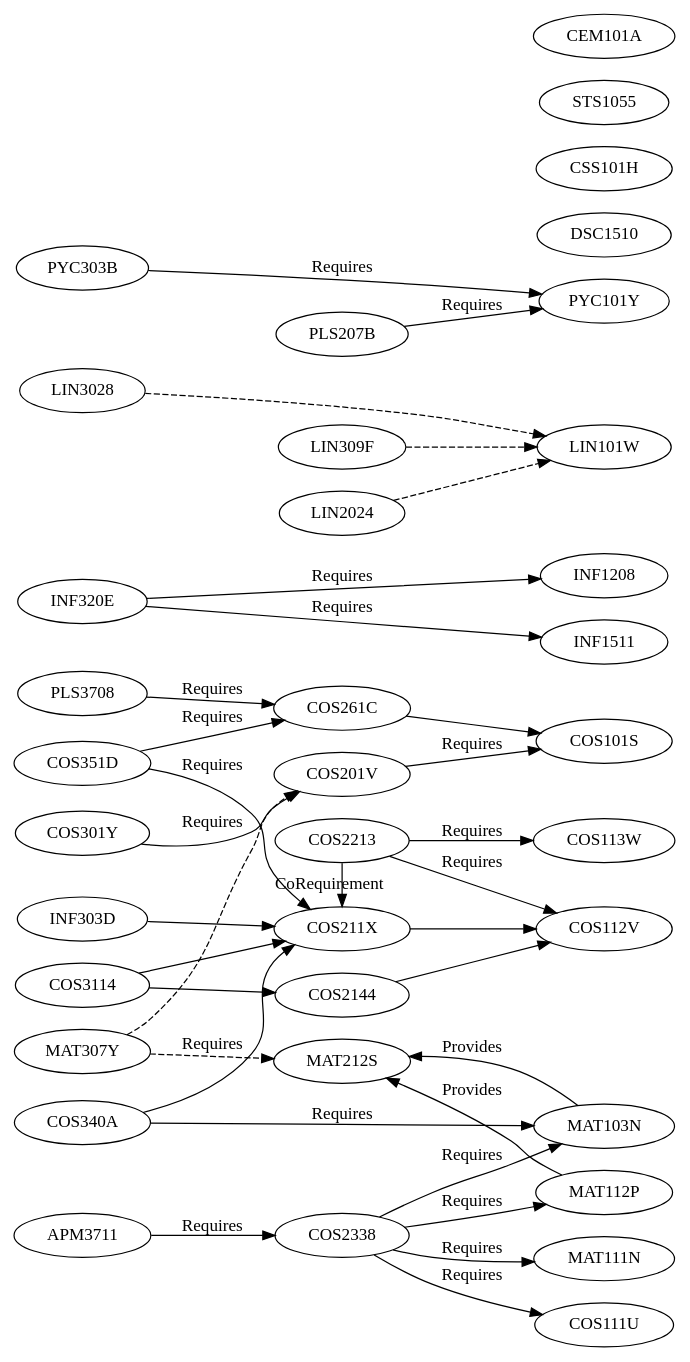
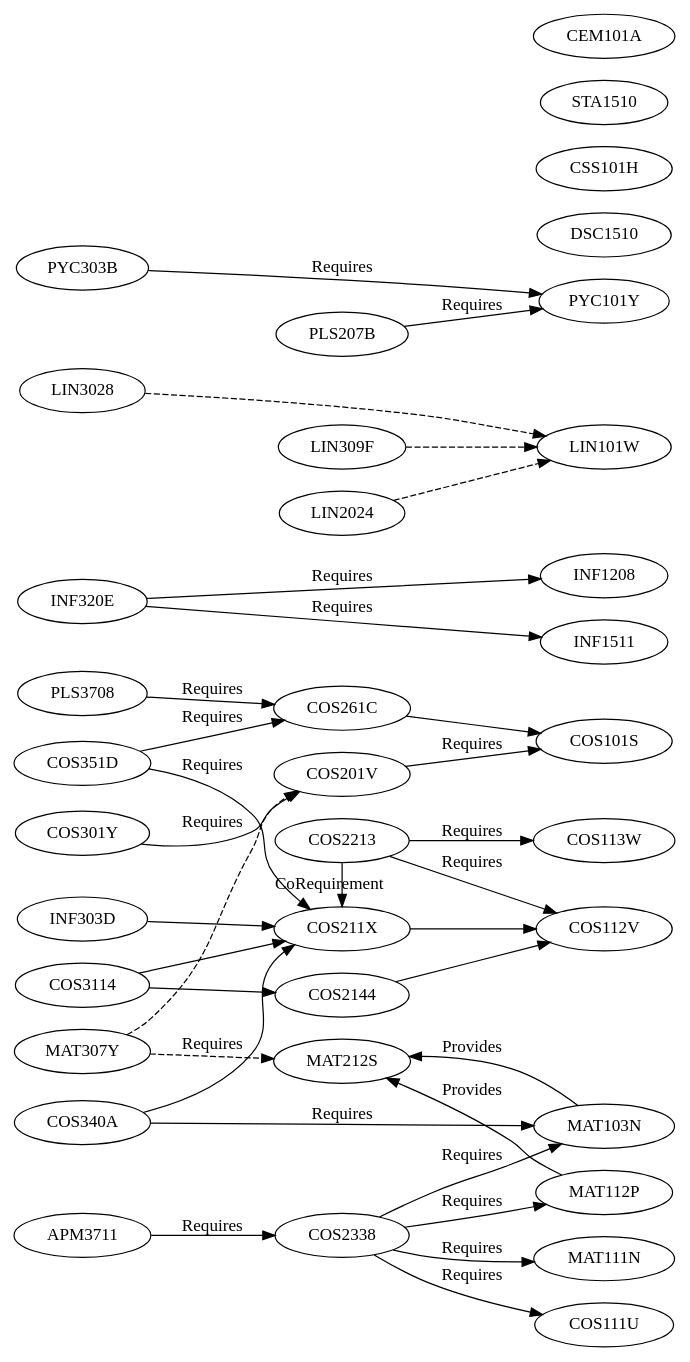
The diagram in Unisa/ComputationalIntelligence.dot (apauley/RandomHacks), drawn with Graphviz before and after one commit.

Commit message:
Unisa 2010 module changes: STS1055 -> STA1510

```diff
--- a/Unisa/ComputationalIntelligence.dot
+++ b/Unisa/ComputationalIntelligence.dot
@@ -1,47 +1,47 @@
 digraph ComputationalIntelligence {
 	rankdir=LR
 
 	{rank=same; COS301Y INF320E COS351D PLS3708}
 	{rank=same; COS3114 APM3711 MAT307Y COS340A}
 	{rank=same; INF303D LIN3028 PYC303B}
   
 	{rank=same; COS201V COS211X COS261C COS2144}
 	{rank=same; COS2213 COS2338 MAT212S}
 	{rank=same; LIN309F LIN2024 PLS207B}
 
 	{rank=same; COS101S COS112V COS113W INF1208 MAT112P MAT111N MAT103N PYC101Y COS111U LIN101W INF1511}
-	{rank=same; DSC1510 CSS101H STS1055 CEM101A}
+	{rank=same; DSC1510 CSS101H STA1510 CEM101A}
 	{rank=max; DSC1510 COS101S}
 
 	COS301Y -> {COS201V} [label=Requires]
 	INF320E -> {INF1208 INF1511} [label=Requires]
 	COS351D -> {COS211X COS261C} [label=Requires]
 	PLS3708 -> {COS261C} [label=Requires]
 	PYC303B -> {PYC101Y} [label=Requires]
 
 	COS3114 -> {COS211X COS2144}
 	APM3711 -> {COS2338} [label=Requires]
 	MAT307Y -> {MAT212S COS201V} [style=dashed]
 	INF303D -> {COS211X}
 	LIN3028 -> {LIN101W} [style=dashed]
 	COS340A -> {COS211X MAT103N} [label=Requires]
 
 
 	COS201V -> {COS101S} [label=Requires]
 	COS211X -> {COS112V}
 	COS261C -> {COS101S}
 	COS2144 -> {COS112V}
 
 	{rank=same; COS2213 COS211X}
 	COS2213 -> {COS112V COS113W} [label=Requires]
 	COS2213 -> {COS211X} [label=CoRequirement]
 	COS2338 -> {COS111U MAT103N MAT111N MAT112P} [label=Requires]
 	MAT212S
 	LIN309F -> {LIN101W} [style=dashed]
 	LIN2024 -> {LIN101W} [style=dashed]
 	PLS207B -> {PYC101Y} [label=Requires]
 
 
 	MAT103N -> {MAT212S} [label=Provides]
 	MAT112P -> {MAT212S} [label=Provides]
 }
```
